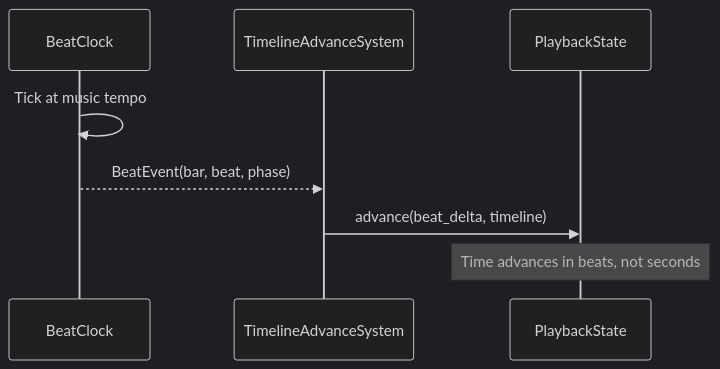
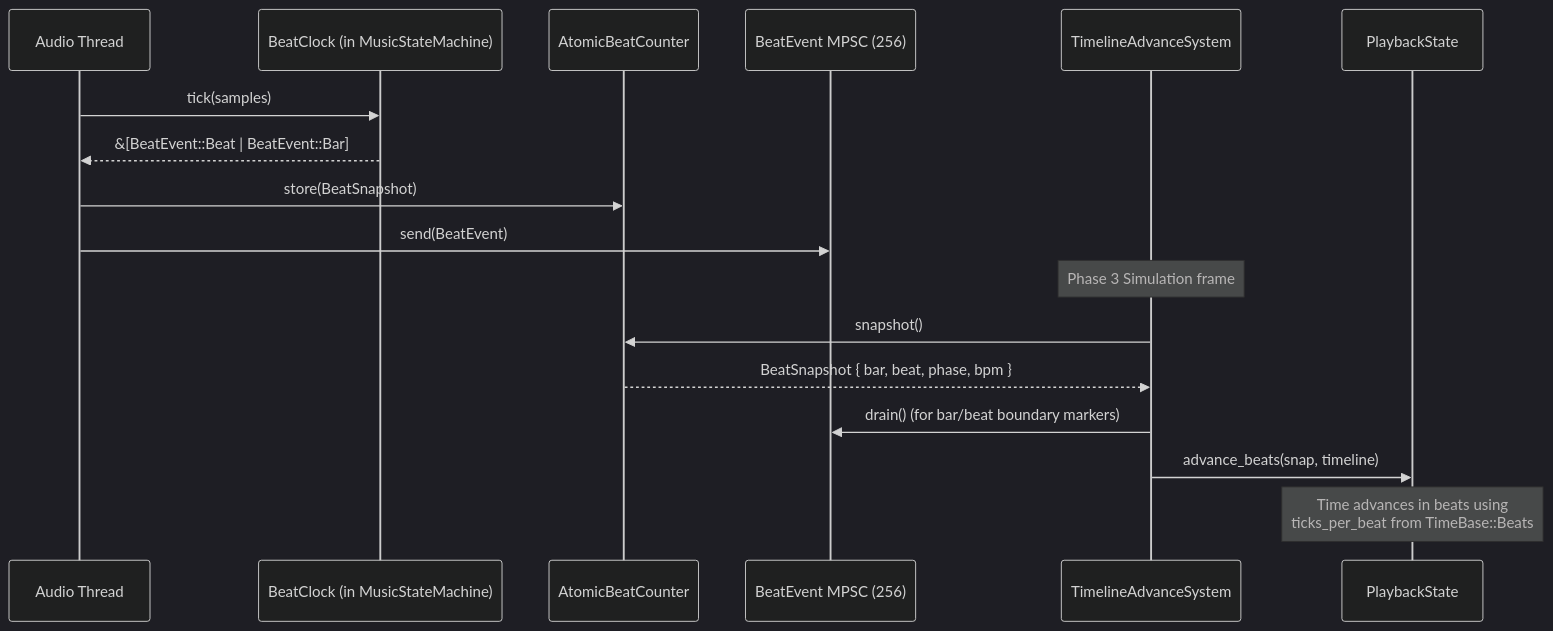
One commit to harmonius-dev/harmonius changed the third of 3 diagrams in docs/design/integration/timelines-audio.md. Above: the diagram before and after it, drawn with Mermaid (dark theme). The commit also changed other lines of this file and 109 other files, not shown here.

````diff
--- a/docs/design/integration/timelines-audio.md
+++ b/docs/design/integration/timelines-audio.md
@@ -132,11 +397,20 @@
 ```mermaid
 sequenceDiagram
-    participant BC as BeatClock
+    participant AT as Audio Thread
+    participant BC as BeatClock (in MusicStateMachine)
+    participant ABC as AtomicBeatCounter
+    participant BRX as BeatEvent MPSC (256)
     participant TAS as TimelineAdvanceSystem
     participant PBS as PlaybackState
 
-    BC->>BC: Tick at music tempo
-    BC-->>TAS: BeatEvent(bar, beat, phase)
-    TAS->>PBS: advance(beat_delta, timeline)
-    Note over PBS: Time advances in beats, not seconds
+    AT->>BC: tick(samples)
+    BC-->>AT: &[BeatEvent::Beat | BeatEvent::Bar]
+    AT->>ABC: store(BeatSnapshot)
+    AT->>BRX: send(BeatEvent)
+    Note over TAS: Phase 3 Simulation frame
+    TAS->>ABC: snapshot()
+    ABC-->>TAS: BeatSnapshot { bar, beat, phase, bpm }
+    TAS->>BRX: drain() (for bar/beat boundary markers)
+    TAS->>PBS: advance_beats(snap, timeline)
+    Note over PBS: Time advances in beats using<br/>ticks_per_beat from TimeBase::Beats
 ```
````
